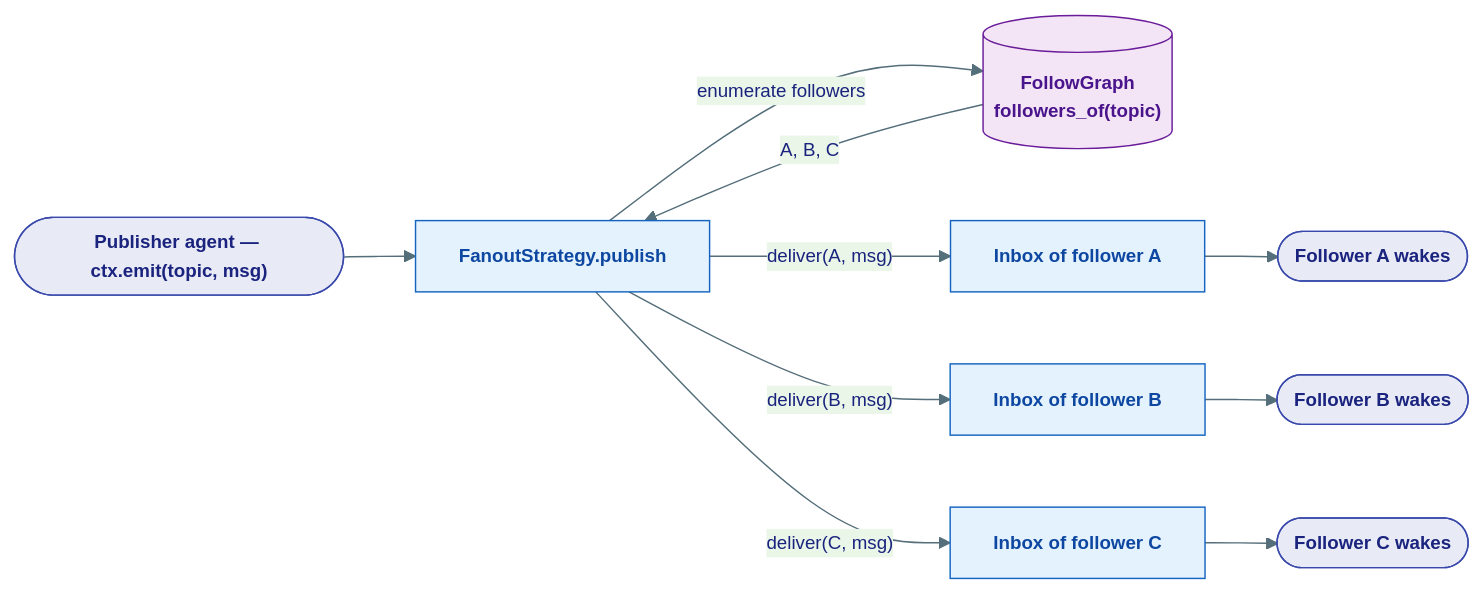
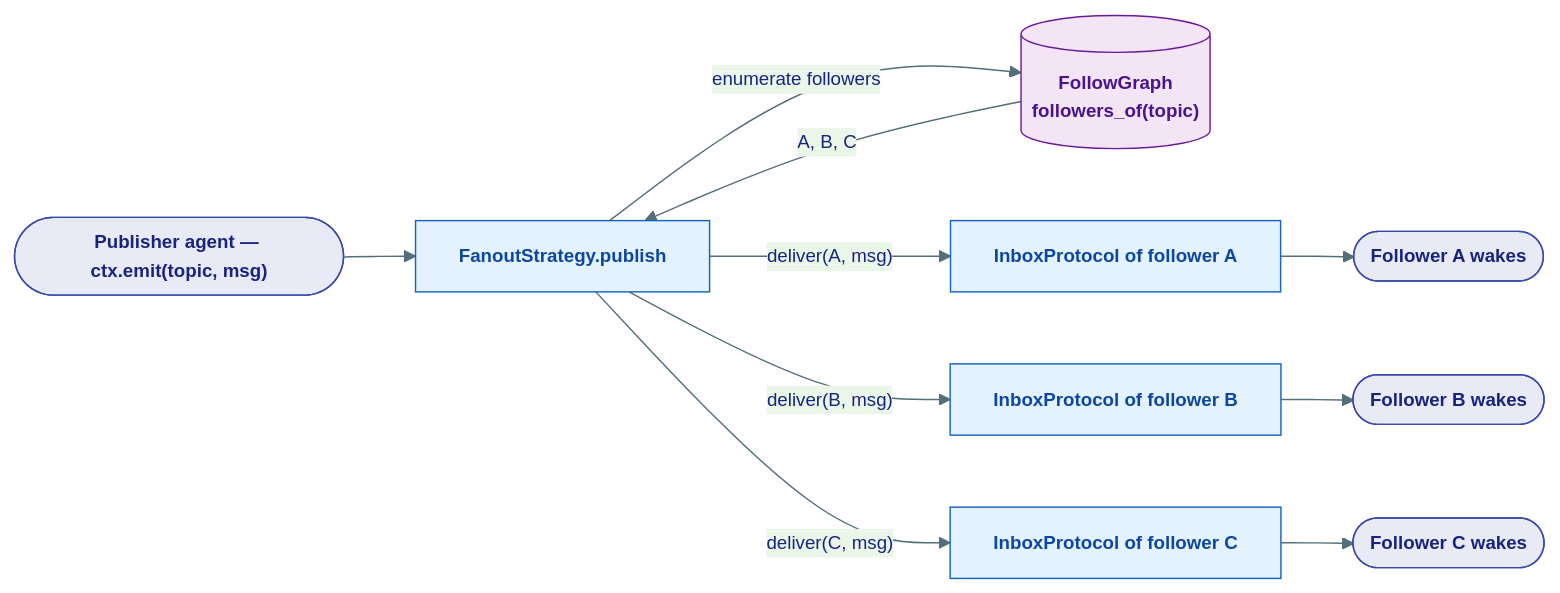
The sixth of 6 diagrams in agents/agent-substrate/docs/kernel/07-runtime.md (Ravikumarchavva/agent-substrate), drawn with Mermaid before and after one commit. The commit also changed other lines of this file and 133 other files, not shown here.

````diff
--- a/agents/agent-substrate/docs/kernel/07-runtime.md
+++ b/agents/agent-substrate/docs/kernel/07-runtime.md
@@ -648,24 +648,24 @@
 ```mermaid
 %%{init: {'theme': 'base', 'themeVariables': {'primaryColor': '#E8EAF6','primaryTextColor': '#1A237E','primaryBorderColor': '#3949AB','lineColor': '#546E7A','fontSize': '13px'}}}%%
 flowchart LR
     classDef agent fill:#E8EAF6,stroke:#3949AB,color:#1A237E,font-weight:bold
     classDef runtime fill:#E3F2FD,stroke:#1565C0,color:#0D47A1,font-weight:bold
     classDef store fill:#F3E5F5,stroke:#6A1B9A,color:#4A148C,font-weight:bold
 
     PUB(["Publisher agent — ctx.emit(topic, msg)"]):::agent
     FAN["FanoutStrategy.publish"]:::runtime
     FG[("FollowGraph<br/>followers_of(topic)")]:::store
-    IN1["Inbox of follower A"]:::runtime
-    IN2["Inbox of follower B"]:::runtime
-    IN3["Inbox of follower C"]:::runtime
+    IN1["InboxProtocol of follower A"]:::runtime
+    IN2["InboxProtocol of follower B"]:::runtime
+    IN3["InboxProtocol of follower C"]:::runtime
     F1(["Follower A wakes"]):::agent
     F2(["Follower B wakes"]):::agent
     F3(["Follower C wakes"]):::agent
 
     PUB --> FAN
     FAN -->|"enumerate followers"| FG
     FG -->|"A, B, C"| FAN
     FAN -->|"deliver(A, msg)"| IN1 --> F1
     FAN -->|"deliver(B, msg)"| IN2 --> F2
     FAN -->|"deliver(C, msg)"| IN3 --> F3
 ```
````
